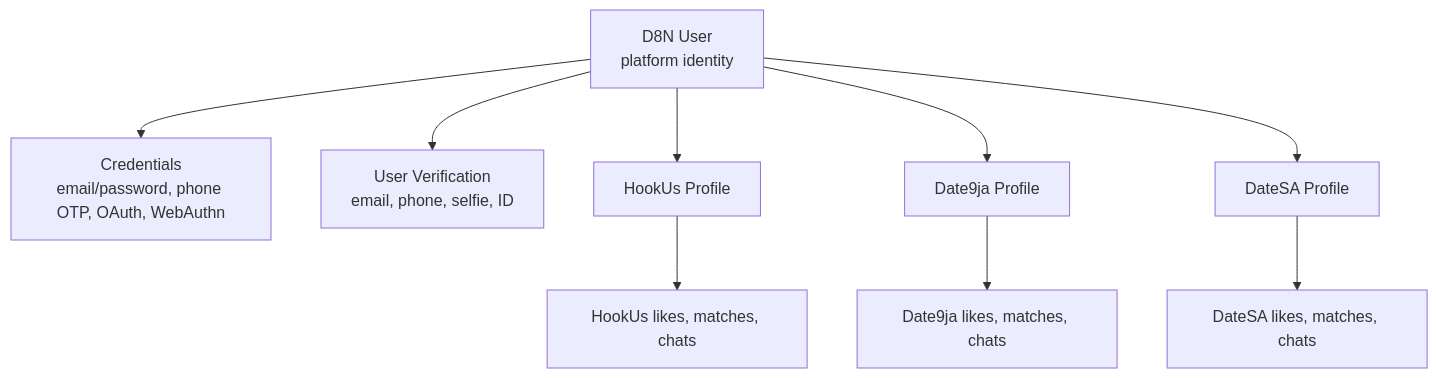
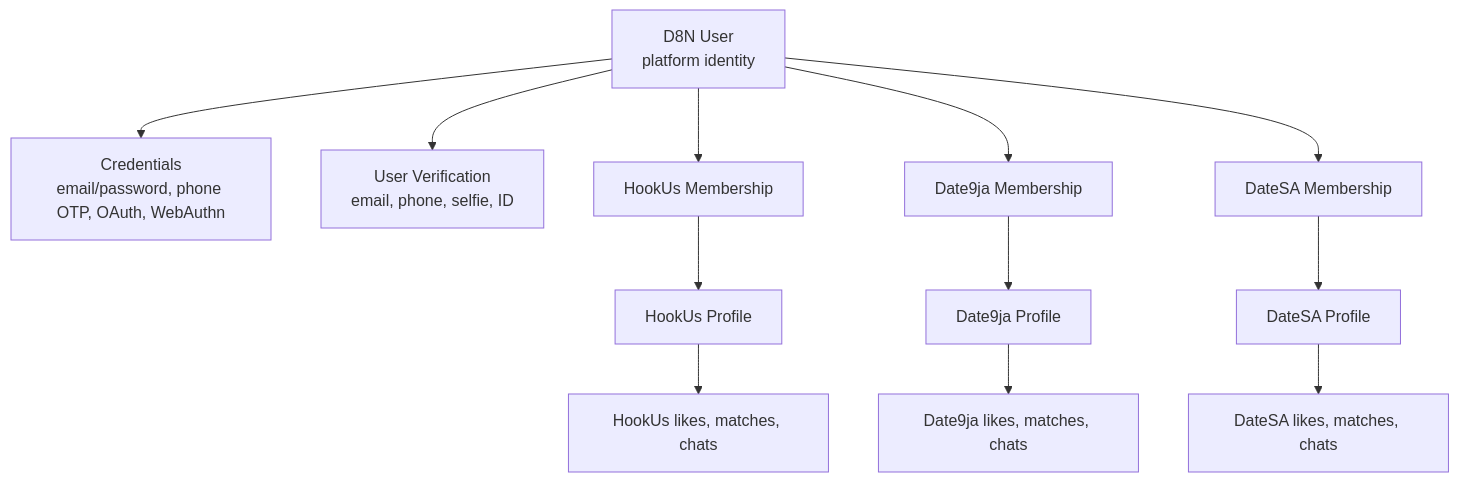
Before and after one commit to nwakauc/d8n: the third of 8 diagrams in docs/ARCHITECTURE_DIAGRAMS.md, drawn with Mermaid. The commit also changed 27 other files, not shown here.

````diff
--- a/docs/ARCHITECTURE_DIAGRAMS.md
+++ b/docs/ARCHITECTURE_DIAGRAMS.md
@@ -53,15 +53,19 @@
 ```mermaid
 flowchart TB
   User[D8N User<br/>platform identity]
 
   User --> Credentials[Credentials<br/>email/password, phone OTP, OAuth, WebAuthn]
   User --> Verification[User Verification<br/>email, phone, selfie, ID]
 
-  User --> HookUsProfile[HookUs Profile]
-  User --> Date9jaProfile[Date9ja Profile]
-  User --> DateSAProfile[DateSA Profile]
+  User --> HookUsMembership[HookUs Membership]
+  User --> Date9jaMembership[Date9ja Membership]
+  User --> DateSAMembership[DateSA Membership]
+
+  HookUsMembership --> HookUsProfile[HookUs Profile]
+  Date9jaMembership --> Date9jaProfile[Date9ja Profile]
+  DateSAMembership --> DateSAProfile[DateSA Profile]
 
   HookUsProfile --> HookUsActivity[HookUs likes, matches, chats]
   Date9jaProfile --> Date9jaActivity[Date9ja likes, matches, chats]
   DateSAProfile --> DateSAActivity[DateSA likes, matches, chats]
 ```
````
